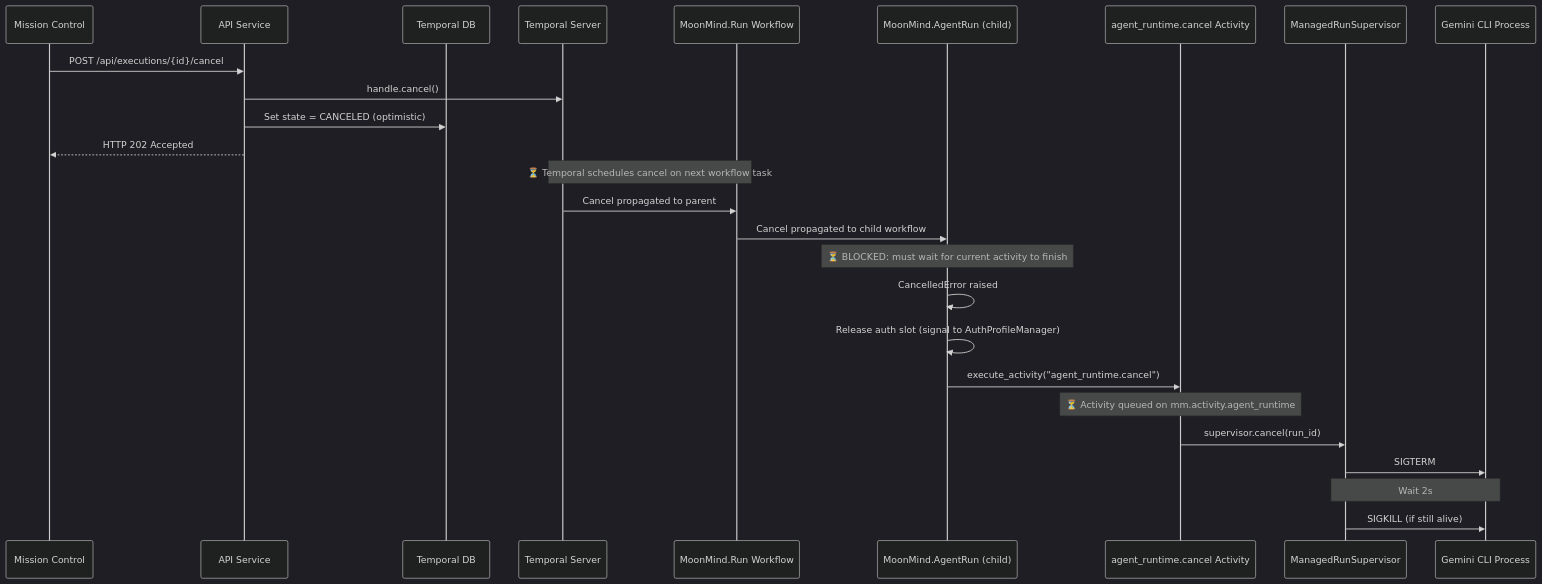
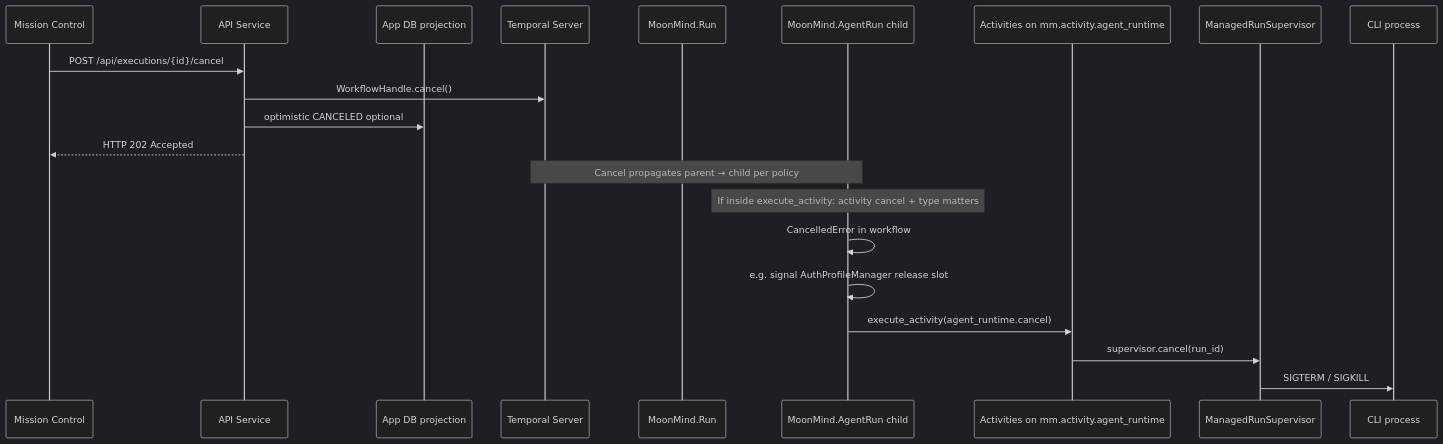
The diagram in docs/tmp/CancellationAnalysis.md (MoonLadderStudios/MoonMind), drawn with Mermaid (dark theme) before and after one commit. The commit also changed other lines of this file and 96 other files, not shown here.

````diff
--- a/docs/tmp/CancellationAnalysis.md
+++ b/docs/tmp/CancellationAnalysis.md
@@ -11,29 +67,24 @@
 ```mermaid
 sequenceDiagram
     participant UI as Mission Control
     participant API as API Service
-    participant TDB as Temporal DB
+    participant TDB as App DB projection
     participant TS as Temporal Server
-    participant RW as MoonMind.Run Workflow
-    participant AW as MoonMind.AgentRun (child)
-    participant ACT as agent_runtime.cancel Activity
+    participant RW as MoonMind.Run
+    participant AW as MoonMind.AgentRun child
+    participant ACT as Activities on mm.activity.agent_runtime
     participant SUP as ManagedRunSupervisor
-    participant PROC as Gemini CLI Process
+    participant PROC as CLI process
 
     UI->>API: POST /api/executions/{id}/cancel
-    API->>TS: handle.cancel()
-    API->>TDB: Set state = CANCELED (optimistic)
+    API->>TS: WorkflowHandle.cancel()
+    API->>TDB: optimistic CANCELED optional
     API-->>UI: HTTP 202 Accepted
-    Note over TS,RW: ⏳ Temporal schedules cancel on next workflow task
-    TS->>RW: Cancel propagated to parent
-    RW->>AW: Cancel propagated to child workflow
-    Note over AW: ⏳ BLOCKED: must wait for current activity to finish
-    AW->>AW: CancelledError raised
-    AW->>AW: Release auth slot (signal to AuthProfileManager)
-    AW->>ACT: execute_activity("agent_runtime.cancel")
-    Note over ACT: ⏳ Activity queued on mm.activity.agent_runtime
+    Note over TS,AW: Cancel propagates parent → child per policy
+    Note over AW: If inside execute_activity: activity cancel + type matters
+    AW->>AW: CancelledError in workflow
+    AW->>AW: e.g. signal AuthProfileManager release slot
+    AW->>ACT: execute_activity(agent_runtime.cancel)
     ACT->>SUP: supervisor.cancel(run_id)
-    SUP->>PROC: SIGTERM
-    Note over SUP,PROC: Wait 2s
-    SUP->>PROC: SIGKILL (if still alive)
+    SUP->>PROC: SIGTERM / SIGKILL
 ```
````
